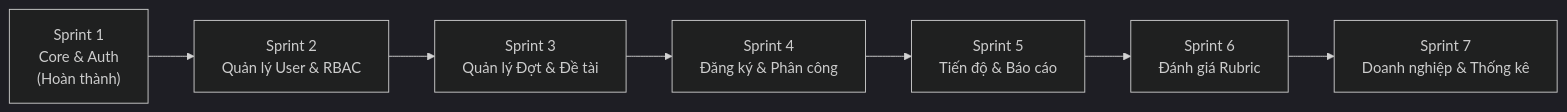
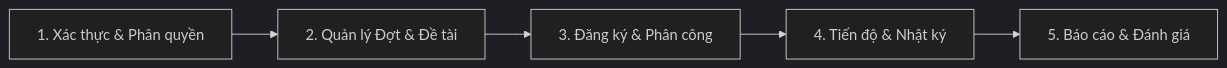
The second of 2 diagrams in README.md (Ngatran2784/internship-management), drawn with Mermaid (dark theme) before and after one commit. The commit also changed other lines of this file and 73 other files, not shown here.

````diff
--- a/README.md
+++ b/README.md
@@ -289,9 +293,7 @@
 ```mermaid
 flowchart LR
-    S1["Sprint 1\nCore & Auth\n(Hoàn thành)"] --> S2["Sprint 2\nQuản lý User & RBAC"]
-    S2 --> S3["Sprint 3\nQuản lý Đợt & Đề tài"]
-    S3 --> S4["Sprint 4\nĐăng ký & Phân công"]
-    S4 --> S5["Sprint 5\nTiến độ & Báo cáo"]
-    S5 --> S6["Sprint 6\nĐánh giá Rubric"]
-    S6 --> S7["Sprint 7\nDoanh nghiệp & Thống kê"]
+    F1["1. Xác thực & Phân quyền"] --> F2["2. Quản lý Đợt & Đề tài"]
+    F2 --> F3["3. Đăng ký & Phân công"]
+    F3 --> F4["4. Tiến độ & Nhật ký"]
+    F4 --> F5["5. Báo cáo & Đánh giá"]
 ```
````
